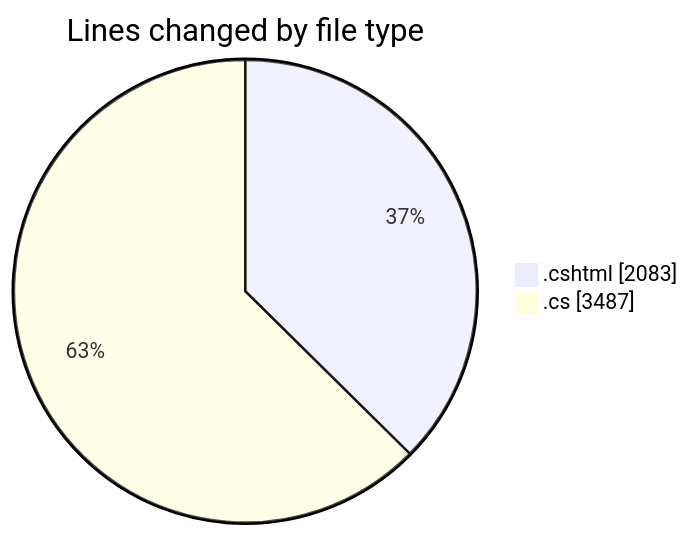
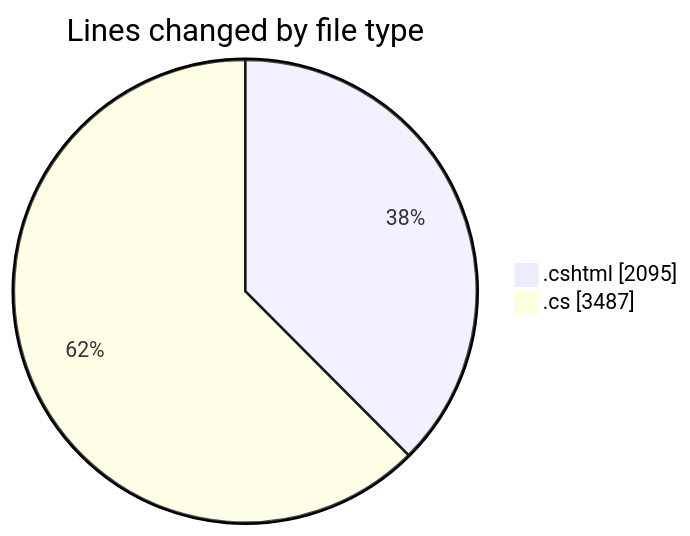
Before and after one commit to lephambinh05/code-tracking: the first of 2 diagrams in 2025-07-17/nhahang/README.md, drawn with Mermaid. The commit also changed other lines of this file and 1 other file, not shown here.

````diff
--- a/2025-07-17/nhahang/README.md
+++ b/2025-07-17/nhahang/README.md
@@ -85,6 +85,6 @@
 ```mermaid
 pie showData
 title Lines changed by file type
-".cshtml" : 2083
+".cshtml" : 2095
 ".cs" : 3487
 ```
````
